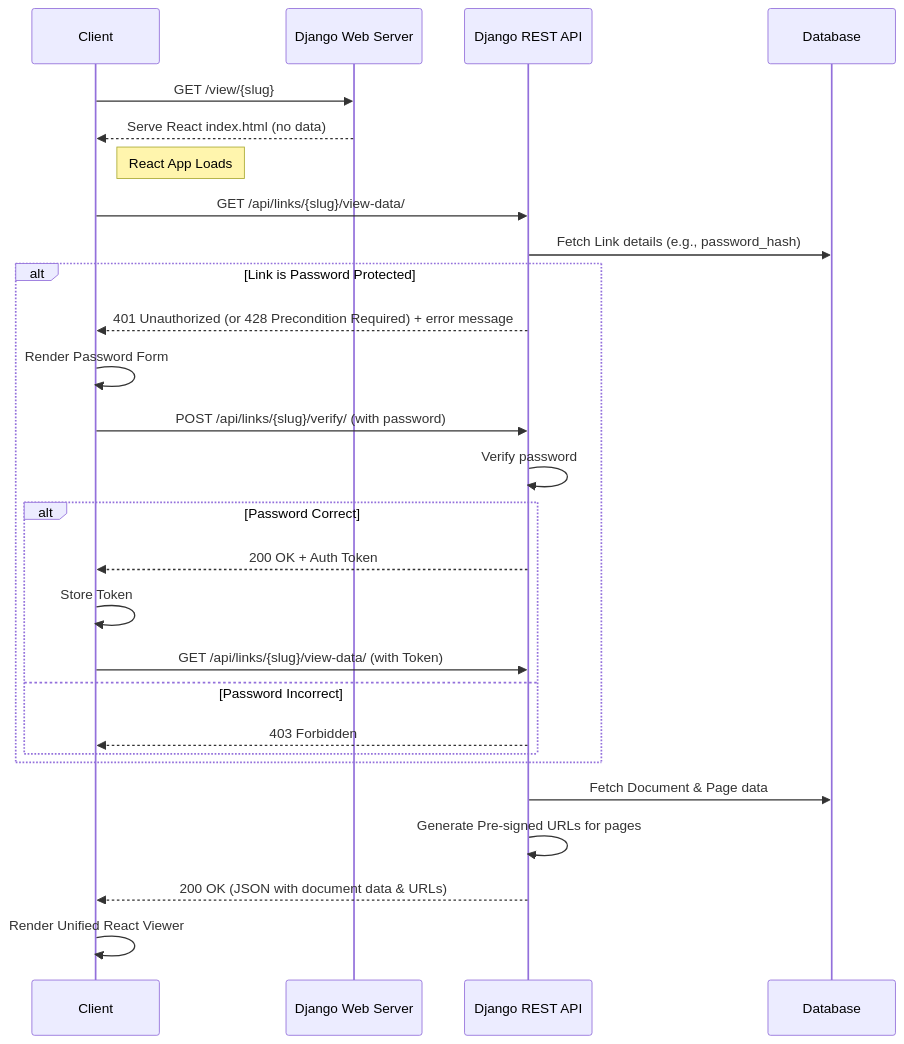
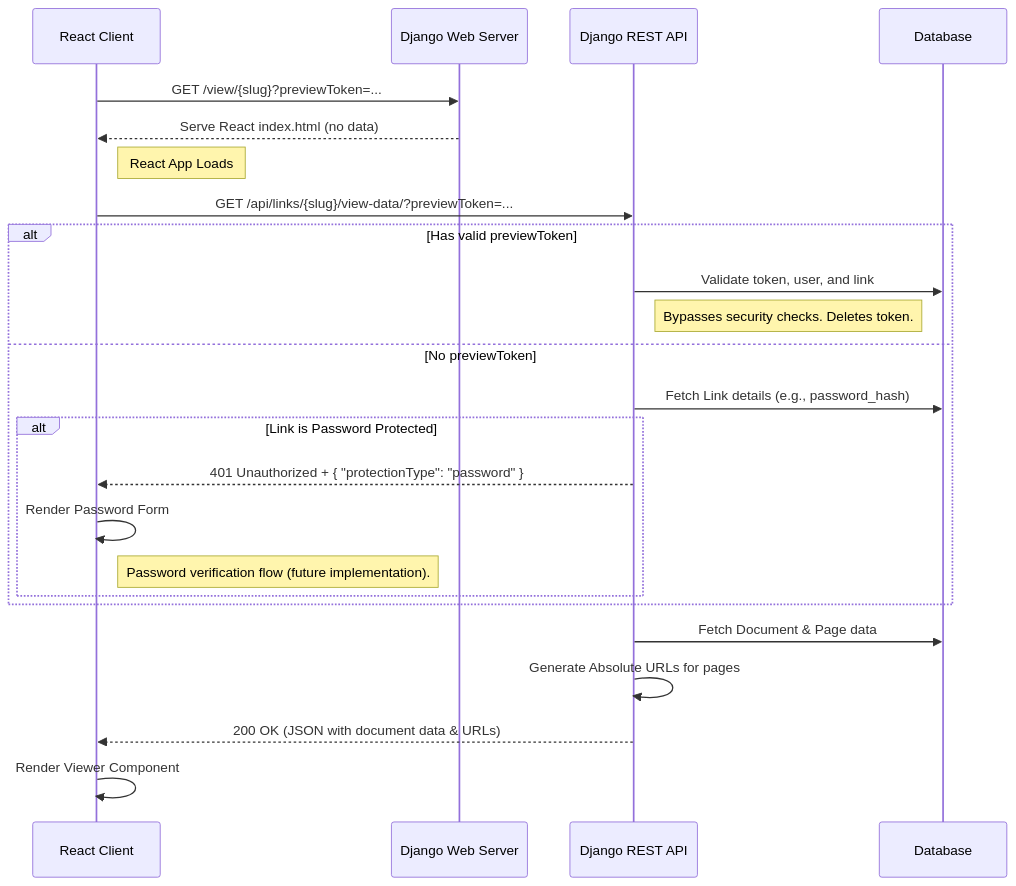
The diagram in docs/coneshare-share-link-view-logic.md (coneshare/coneshare), drawn with Mermaid before and after one commit. The commit also changed other lines of this file, not shown here.

Commit message:
docs: Refine share link view logic doc to match implementation

````diff
--- a/docs/coneshare-share-link-view-logic.md
+++ b/docs/coneshare-share-link-view-logic.md
@@ -11,34 +15,31 @@
 ```mermaid
 sequenceDiagram
-    participant Client
+    participant Client as React Client
     participant Django as Django Web Server
     participant API as Django REST API
     participant DB as Database
 
-    Client->>Django: GET /view/{slug}
+    Client->>Django: GET /view/{slug}?previewToken=...
     Django-->>Client: Serve React index.html (no data)
+
+    Note right of Client: React App Loads
+
+    Client->>API: GET /api/links/{slug}/view-data/?previewToken=...
     
-    Note right of Client: React App Loads
-    
-    Client->>API: GET /api/links/{slug}/view-data/
-    API->>DB: Fetch Link details (e.g., password_hash)
-    
-    alt Link is Password Protected
-        API-->>Client: 401 Unauthorized (or 428 Precondition Required) + error message
-        Client->>Client: Render Password Form
-        Client->>API: POST /api/links/{slug}/verify/ (with password)
-        API->>API: Verify password
-        alt Password Correct
-            API-->>Client: 200 OK + Auth Token
-            Client->>Client: Store Token
-            Client->>API: GET /api/links/{slug}/view-data/ (with Token)
-        else Password Incorrect
-            API-->>Client: 403 Forbidden
+    alt Has valid previewToken
+        API->>DB: Validate token, user, and link
+        Note right of API: Bypasses security checks. Deletes token.
+    else No previewToken
+        API->>DB: Fetch Link details (e.g., password_hash)
+        alt Link is Password Protected
+            API-->>Client: 401 Unauthorized + { "protectionType": "password" }
+            Client->>Client: Render Password Form
+            Note right of Client: Password verification flow (future implementation).
         end
     end
 
     API->>DB: Fetch Document & Page data
-    API->>API: Generate Pre-signed URLs for pages
+    API->>API: Generate Absolute URLs for pages
     API-->>Client: 200 OK (JSON with document data & URLs)
-    Client->>Client: Render Unified React Viewer
+    Client->>Client: Render Viewer Component
 ```
````
